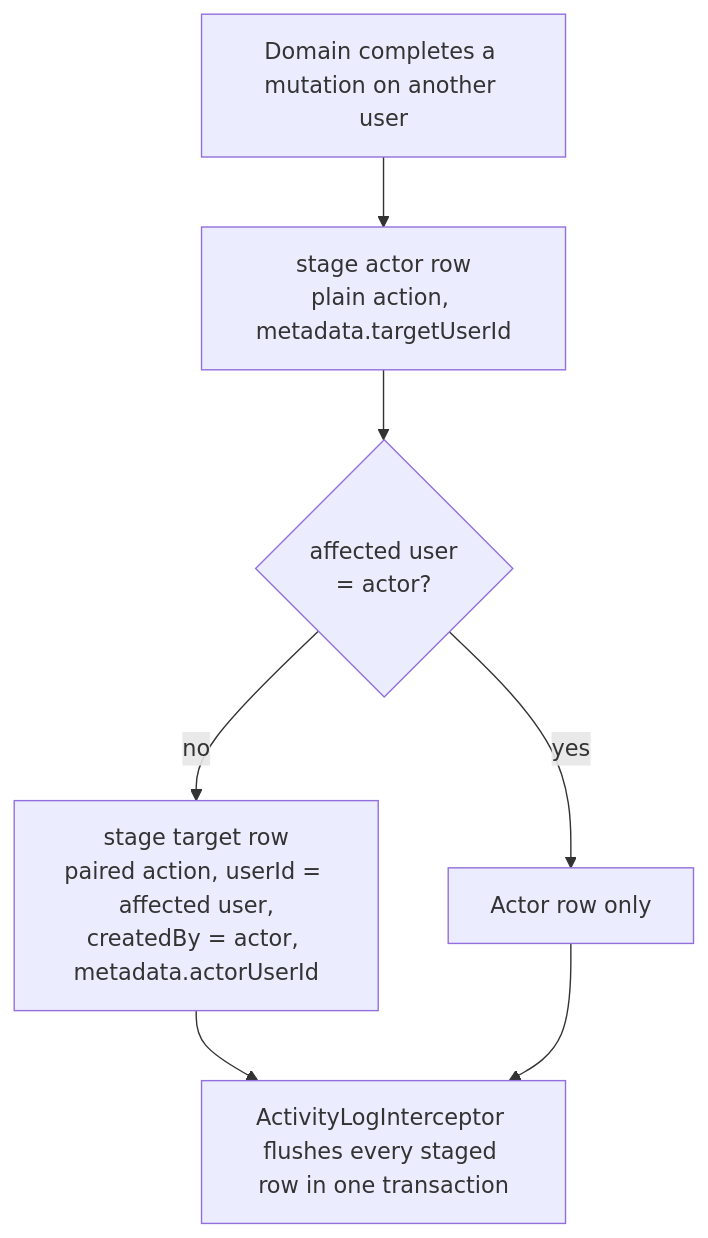
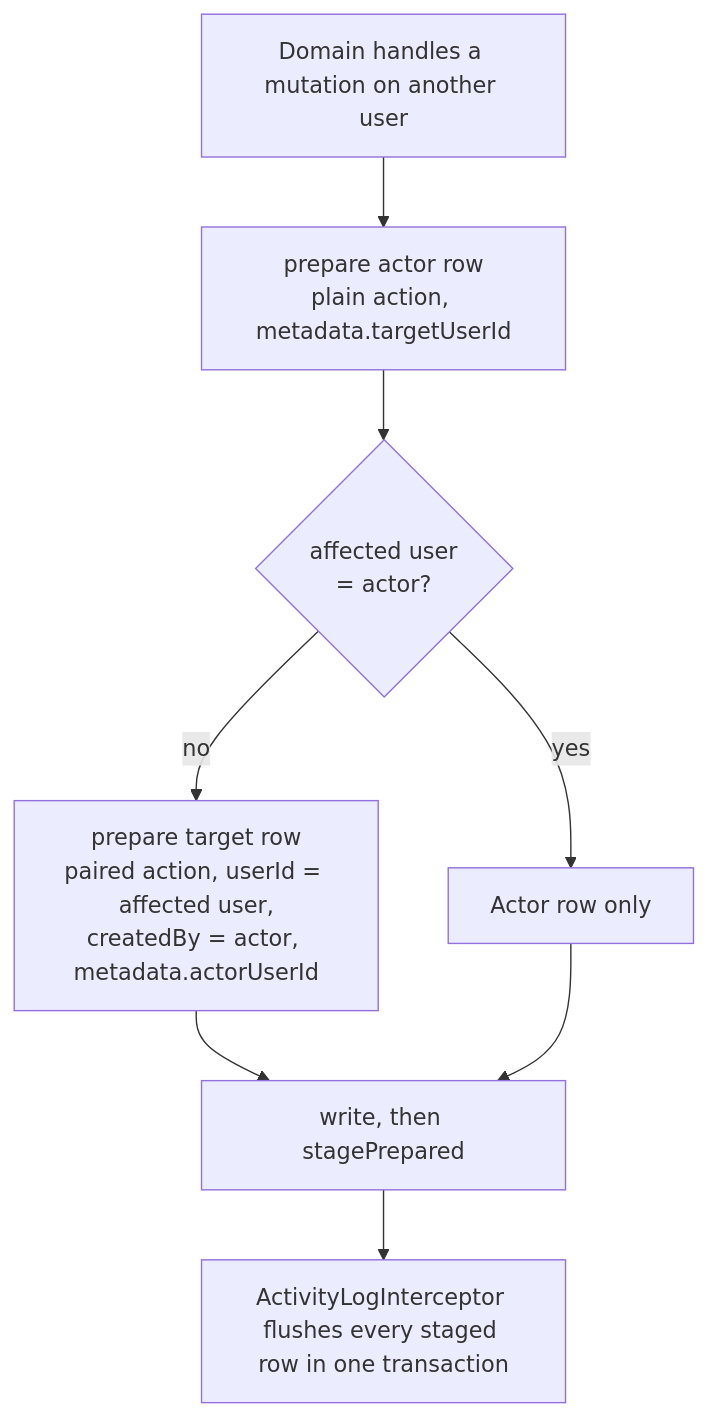
The second of 2 diagrams in docs/activity-log.md (andrechristikan/ack-nestjs-boilerplate), drawn with Mermaid before and after one commit. The commit also changed other lines of this file and 141 other files, not shown here.

````diff
--- a/docs/activity-log.md
+++ b/docs/activity-log.md
@@ -129,9 +149,10 @@
 ```mermaid
 flowchart TD
-    A[Domain completes a mutation on another user] --> B["stage actor row<br/>plain action, metadata.targetUserId"]
+    A[Domain handles a mutation on another user] --> B["prepare actor row<br/>plain action, metadata.targetUserId"]
     B --> C{"affected user<br/>= actor?"}
     C -->|yes| E[Actor row only]
-    C -->|no| D["stage target row<br/>paired action, userId = affected user,<br/>createdBy = actor, metadata.actorUserId"]
-    D --> F[ActivityLogInterceptor flushes every staged row in one transaction]
-    E --> F
+    C -->|no| D["prepare target row<br/>paired action, userId = affected user,<br/>createdBy = actor, metadata.actorUserId"]
+    D --> G[write, then stagePrepared]
+    E --> G
+    G --> F[ActivityLogInterceptor flushes every staged row in one transaction]
 ```
````
